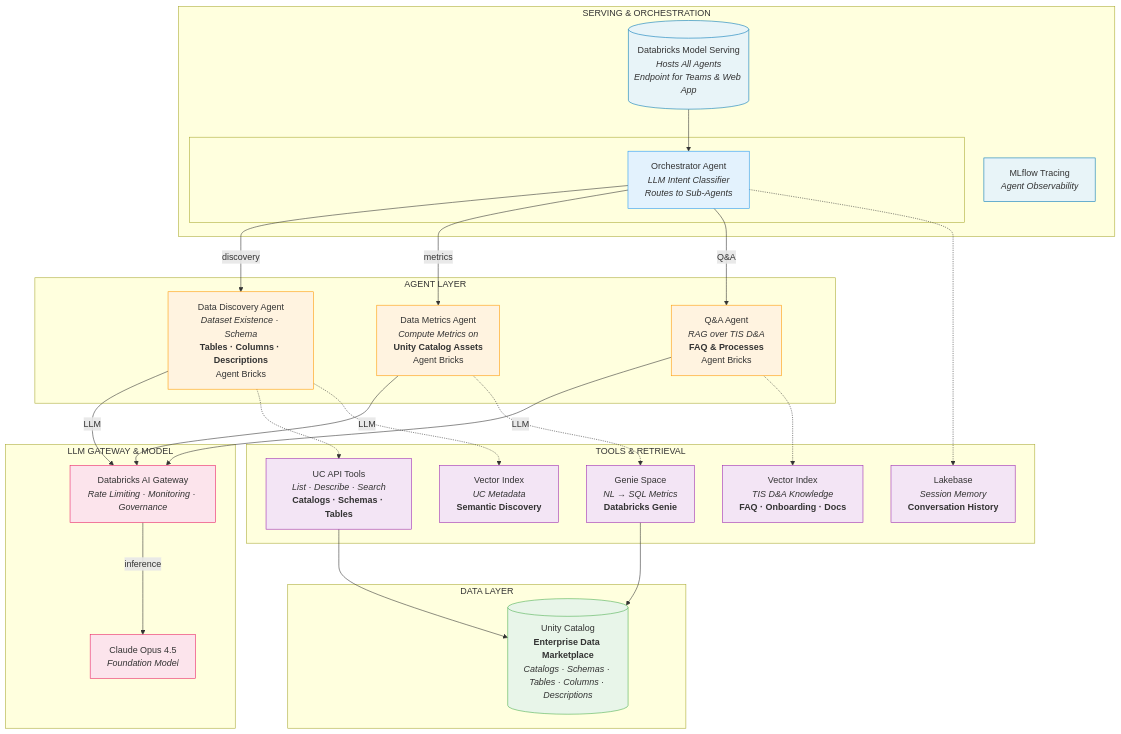
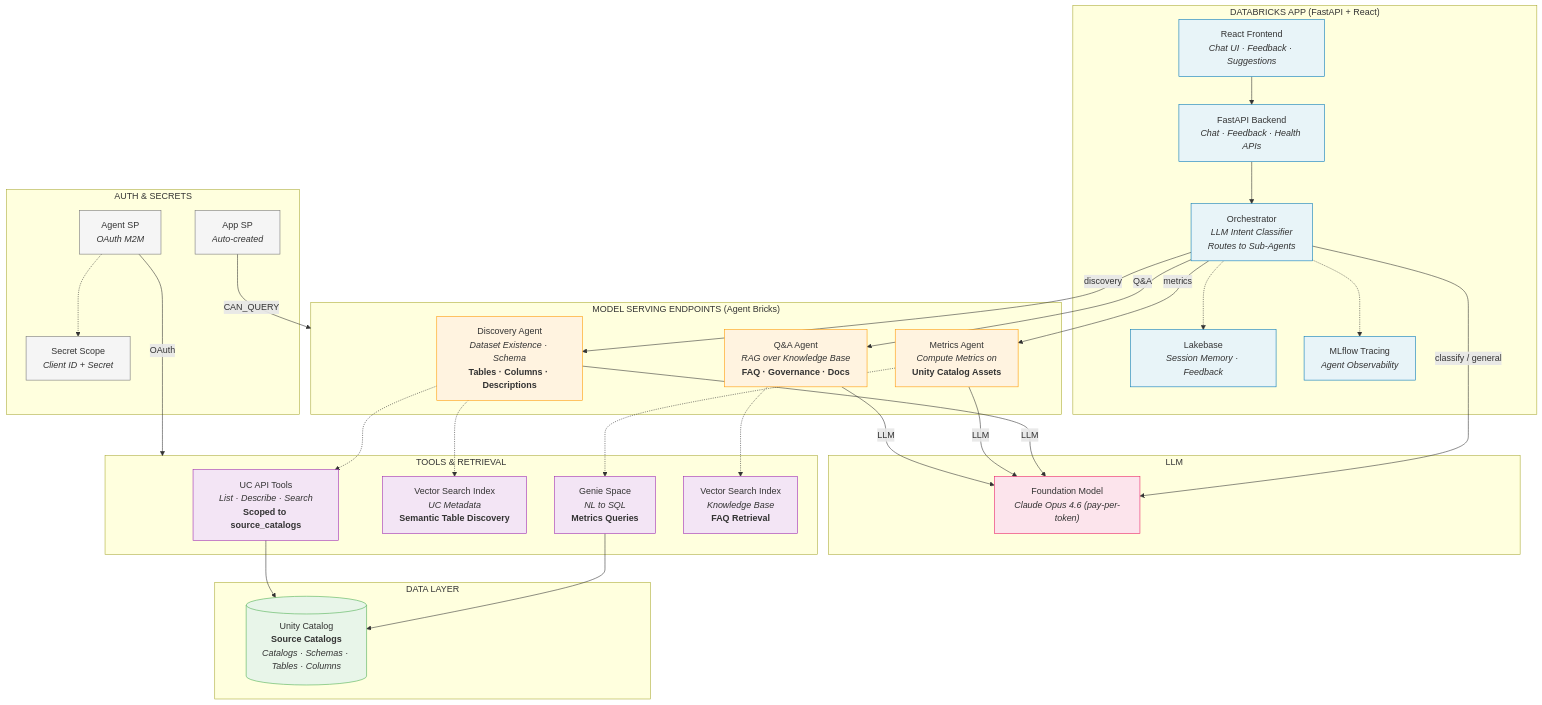
The diagram in docs/architecture.md (guanjieshen/uc-data-advisor), drawn with Mermaid before and after one commit. The commit also changed other lines of this file and 64 other files, not shown here.

First line of the commit message:
Multi-agent UC Data Advisor with automated deployment pipeline

````diff
--- a/docs/architecture.md
+++ b/docs/architecture.md
@@ -9,73 +9,75 @@
 ```mermaid
 flowchart TB
-    subgraph SERVING["SERVING & ORCHESTRATION"]
-        MS[("Databricks Model Serving<br/><i>Hosts All Agents</i><br/><i>Endpoint for Teams & Web App</i>")]
+    subgraph APP["DATABRICKS APP (FastAPI + React)"]
+        FE["React Frontend<br/><i>Chat UI · Feedback · Suggestions</i>"]
+        API["FastAPI Backend<br/><i>Chat · Feedback · Health APIs</i>"]
+        ORCH["Orchestrator<br/><i>LLM Intent Classifier</i><br/><i>Routes to Sub-Agents</i>"]
+        LB["Lakebase<br/><i>Session Memory · Feedback</i>"]
         MLF["MLflow Tracing<br/><i>Agent Observability</i>"]
-
-        MS --> ORCH
-
-        subgraph ORCH_BOX[" "]
-            ORCH["Orchestrator Agent<br/><i>LLM Intent Classifier</i><br/><i>Routes to Sub-Agents</i>"]
-        end
+        FE --> API --> ORCH
+        ORCH -.-> LB
+        ORCH -.-> MLF
     end
 
-    subgraph AGENTS["AGENT LAYER"]
-        DA["Data Discovery Agent<br/><i>Dataset Existence · Schema</i><br/><b>Tables · Columns · Descriptions</b><br/>Agent Bricks"]
-        DM["Data Metrics Agent<br/><i>Compute Metrics on</i><br/><b>Unity Catalog Assets</b><br/>Agent Bricks"]
-        QA["Q&A Agent<br/><i>RAG over TIS D&A</i><br/><b>FAQ & Processes</b><br/>Agent Bricks"]
+    subgraph SERVING["MODEL SERVING ENDPOINTS (Agent Bricks)"]
+        DA["Discovery Agent<br/><i>Dataset Existence · Schema</i><br/><b>Tables · Columns · Descriptions</b>"]
+        DM["Metrics Agent<br/><i>Compute Metrics on</i><br/><b>Unity Catalog Assets</b>"]
+        QA["Q&A Agent<br/><i>RAG over Knowledge Base</i><br/><b>FAQ · Governance · Docs</b>"]
     end
 
-    subgraph LLM["LLM GATEWAY & MODEL"]
-        GW["Databricks AI Gateway<br/><i>Rate Limiting · Monitoring · Governance</i>"]
-        CLAUDE["Claude Opus 4.5<br/><i>Foundation Model</i>"]
-        GW -->|inference| CLAUDE
+    subgraph LLM["LLM"]
+        CLAUDE["Foundation Model<br/><i>Claude Opus 4.6 (pay-per-token)</i>"]
     end
 
     subgraph TOOLS["TOOLS & RETRIEVAL"]
-        UC_API["UC API Tools<br/><i>List · Describe · Search</i><br/><b>Catalogs · Schemas · Tables</b>"]
-        VS1["Vector Index<br/><i>UC Metadata</i><br/><b>Semantic Discovery</b>"]
-        GENIE["Genie Space<br/><i>NL → SQL Metrics</i><br/><b>Databricks Genie</b>"]
-        LB["Lakebase<br/><i>Session Memory</i><br/><b>Conversation History</b>"]
-        VS2["Vector Index<br/><i>TIS D&A Knowledge</i><br/><b>FAQ · Onboarding · Docs</b>"]
+        UC_API["UC API Tools<br/><i>List · Describe · Search</i><br/><b>Scoped to source_catalogs</b>"]
+        VS1["Vector Search Index<br/><i>UC Metadata</i><br/><b>Semantic Table Discovery</b>"]
+        GENIE["Genie Space<br/><i>NL to SQL</i><br/><b>Metrics Queries</b>"]
+        VS2["Vector Search Index<br/><i>Knowledge Base</i><br/><b>FAQ Retrieval</b>"]
     end
 
     subgraph DATA["DATA LAYER"]
-        UCat[("Unity Catalog<br/><b>Enterprise Data Marketplace</b><br/><i>Catalogs · Schemas · Tables · Columns · Descriptions</i>")]
+        UCat[("Unity Catalog<br/><b>Source Catalogs</b><br/><i>Catalogs · Schemas · Tables · Columns</i>")]
     end
 
-    %% Orchestrator to Agents
+    subgraph AUTH["AUTH & SECRETS"]
+        SP_APP["App SP<br/><i>Auto-created</i>"]
+        SP_AGENT["Agent SP<br/><i>OAuth M2M</i>"]
+        SCOPE["Secret Scope<br/><i>Client ID + Secret</i>"]
+        SP_AGENT -.-> SCOPE
+    end
+
     ORCH -->|discovery| DA
     ORCH -->|metrics| DM
     ORCH -->|Q&A| QA
+    ORCH -->|classify / general| CLAUDE
 
-    %% Agents to LLM
-    DA -->|LLM| GW
-    DM -->|LLM| GW
-    QA -->|LLM| GW
+    DA -->|LLM| CLAUDE
+    DM -->|LLM| CLAUDE
+    QA -->|LLM| CLAUDE
 
-    %% Agent to Tools mappings
     DA -.-> UC_API
     DA -.-> VS1
     DM -.-> GENIE
-    ORCH -.-> LB
     QA -.-> VS2
 
-    %% Tools to Data
     GENIE --> UCat
     UC_API --> UCat
 
-    %% Styling
-    classDef serving fill:#e8f4f8,stroke:#0077b6
-    classDef agent fill:#fff3e0,stroke:#ff9800
+    SP_APP -->|CAN_QUERY| SERVING
+    SP_AGENT -->|OAuth| TOOLS
+
+    classDef app fill:#e8f4f8,stroke:#0077b6
+    classDef serving fill:#fff3e0,stroke:#ff9800
     classDef llm fill:#fce4ec,stroke:#e91e63
     classDef tools fill:#f3e5f5,stroke:#9c27b0
     classDef data fill:#e8f5e9,stroke:#4caf50
-    classDef orchestrator fill:#e3f2fd,stroke:#2196f3
+    classDef auth fill:#f5f5f5,stroke:#757575
 
-    class MS,MLF serving
-    class DA,DM,QA agent
-    class GW,CLAUDE llm
-    class UC_API,VS1,GENIE,LB,VS2 tools
+    class FE,API,ORCH,LB,MLF app
+    class DA,DM,QA serving
+    class CLAUDE llm
+    class UC_API,VS1,GENIE,VS2 tools
     class UCat data
-    class ORCH orchestrator
+    class SP_APP,SP_AGENT,SCOPE auth
 ```
````
